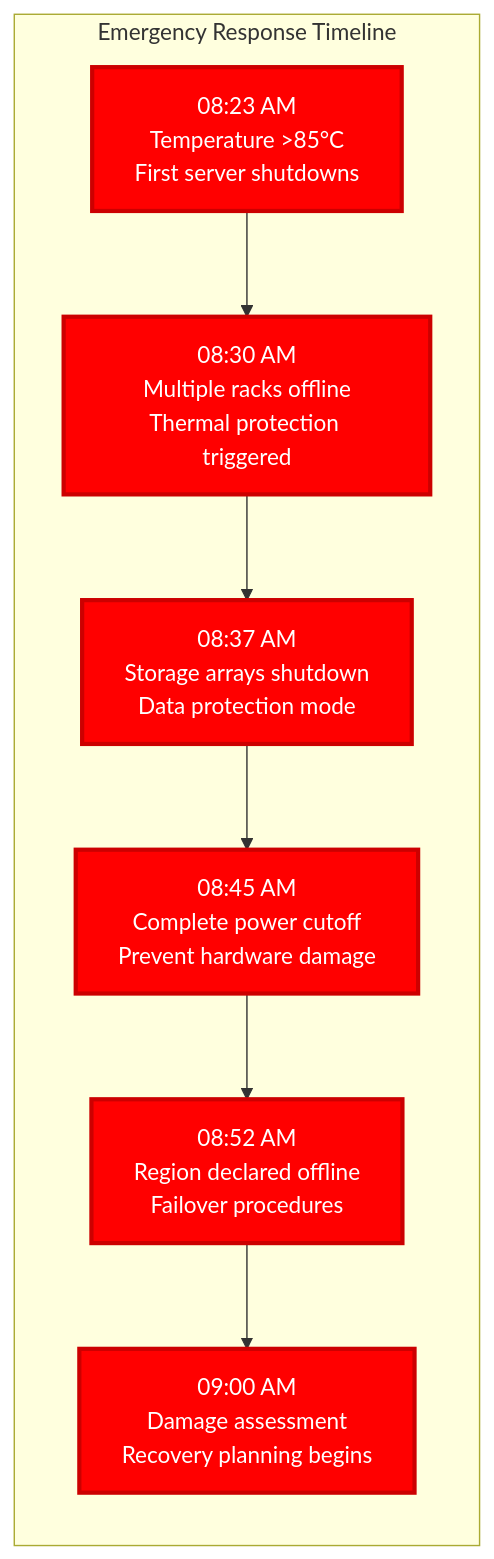
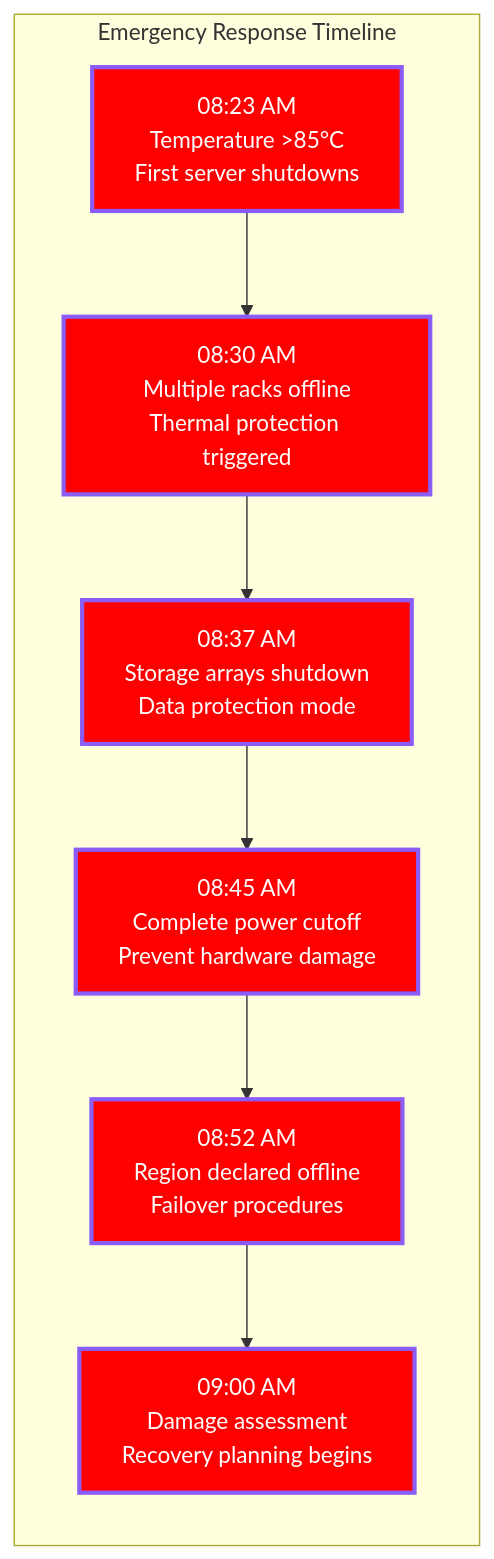
Before and after one commit to deepaucksharma/DS: the fourth of 11 diagrams in site/docs/incidents/oracle-cloud-2022.md, drawn with Mermaid. The commit also changed other lines of this file and 303 other files, not shown here.

````diff
--- a/site/docs/incidents/oracle-cloud-2022.md
+++ b/site/docs/incidents/oracle-cloud-2022.md
@@ -158,16 +158,16 @@
 ```mermaid
 graph LR
     subgraph "Emergency Response Timeline"
         A[08:23 AM<br/>Temperature >85°C<br/>First server shutdowns]
         B[08:30 AM<br/>Multiple racks offline<br/>Thermal protection triggered]
         C[08:37 AM<br/>Storage arrays shutdown<br/>Data protection mode]
         D[08:45 AM<br/>Complete power cutoff<br/>Prevent hardware damage]
         E[08:52 AM<br/>Region declared offline<br/>Failover procedures]
         F[09:00 AM<br/>Damage assessment<br/>Recovery planning begins]
     end
 
     A --> B --> C --> D --> E --> F
 
-    classDef emergencyStyle fill:#FF0000,stroke:#CC0000,color:#fff,stroke-width:3px
+    classDef emergencyStyle fill:#FF0000,stroke:#8B5CF6,color:#fff,stroke-width:3px
     class A,B,C,D,E,F emergencyStyle
 ```
````
